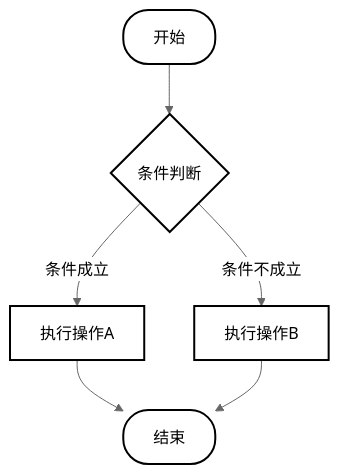
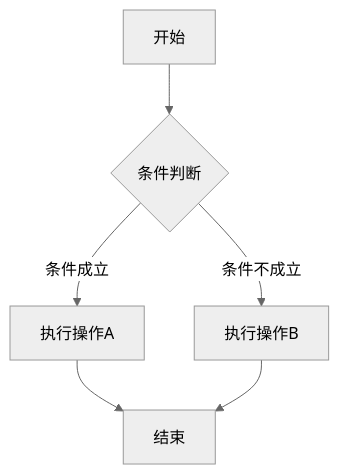
The second of 5 diagrams in verification_full.md (kunjiechen/claude-md-converter), drawn with Mermaid (neutral theme) before and after one commit. The commit also changed other lines of this file and 36 other files, not shown here.

Commit message:
更新为python 画图方式

````diff
--- a/verification_full.md
+++ b/verification_full.md
@@ -218,14 +213,8 @@
 ```mermaid
 graph TD
     A[开始] --> B{条件判断}
     B -->|条件成立| C[执行操作A]
     B -->|条件不成立| D[执行操作B]
     C --> E[结束]
     D --> E
-
-    style A fill:#ffffff,stroke:#000000,stroke-width:2px,rx:25,ry:25
-    style B fill:#ffffff,stroke:#000000,stroke-width:2px,rx:5,ry:5
-    style C fill:#ffffff,stroke:#000000,stroke-width:2px
-    style D fill:#ffffff,stroke:#000000,stroke-width:2px
-    style E fill:#ffffff,stroke:#000000,stroke-width:2px,rx:25,ry:25
 ```
````
